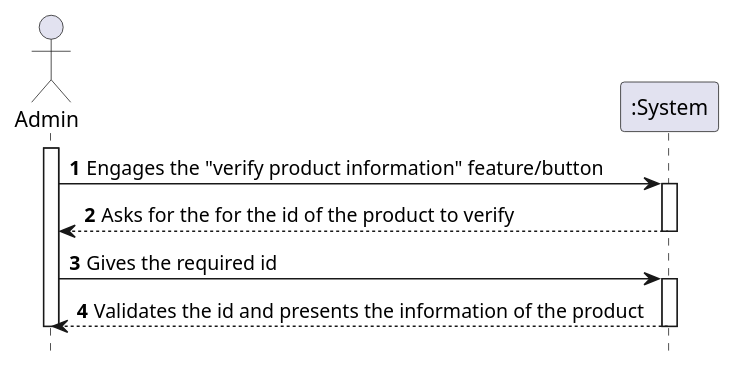
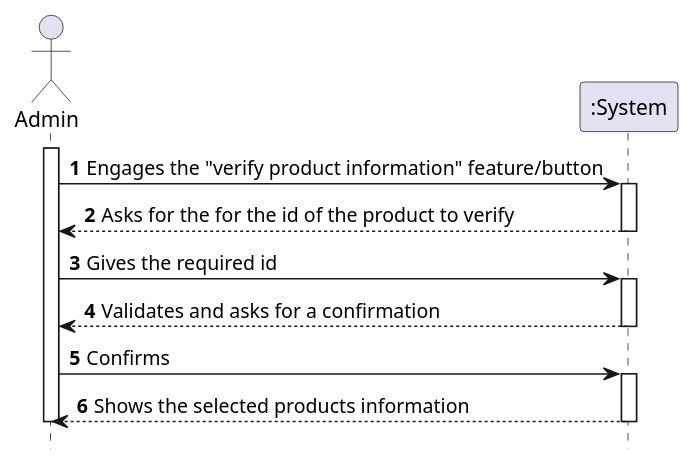
The diagram in docs/Iteration 1/Product Management/US73_ProductInformation/US73_SSD.puml (tiagoavcosta25/LAPR3), drawn with PlantUML before and after one commit. The commit also changed 10 other files, not shown here.

Commit message:
LAPR2AP2-73 #close Product Information [Analysis] [Design]

```diff
--- a/docs/Iteration 1/Product Management/US73_ProductInformation/US73_SSD.puml
+++ b/docs/Iteration 1/Product Management/US73_ProductInformation/US73_SSD.puml
@@ -1,25 +1,30 @@
 @startuml
 autonumber
 hide footbox
 
 actor "Admin" as U
 
 participant ":System" as SYST
 
 activate U
 
 U -> SYST : Engages the "verify product information" feature/button
 activate SYST
 SYST --> U : Asks for the for the id of the product to verify
 deactivate SYST
 
 U -> SYST : Gives the required id
 activate SYST
 
-SYST --> U : Validates the id and presents the information of the product
+SYST --> U : Validates and asks for a confirmation
+deactivate SYST
+
+U -> SYST : Confirms
+activate SYST
+SYST --> U : Shows the selected products information
 deactivate SYST
 
 
 deactivate U
 
 @enduml
```
